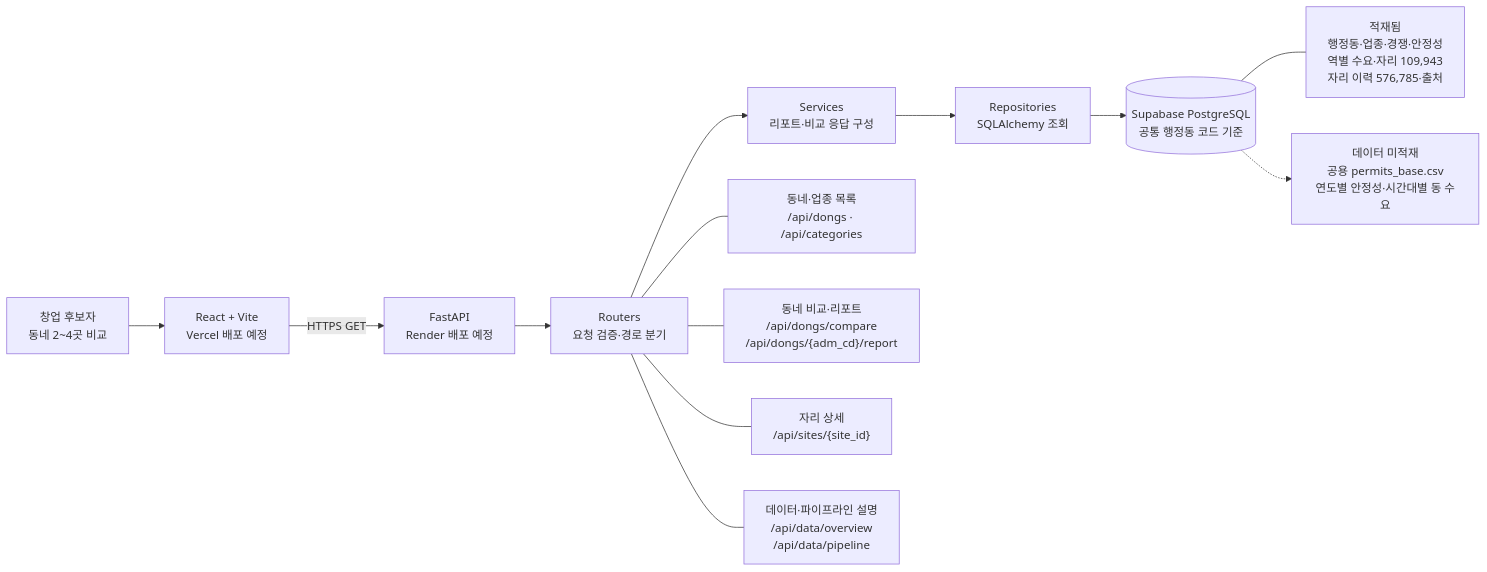
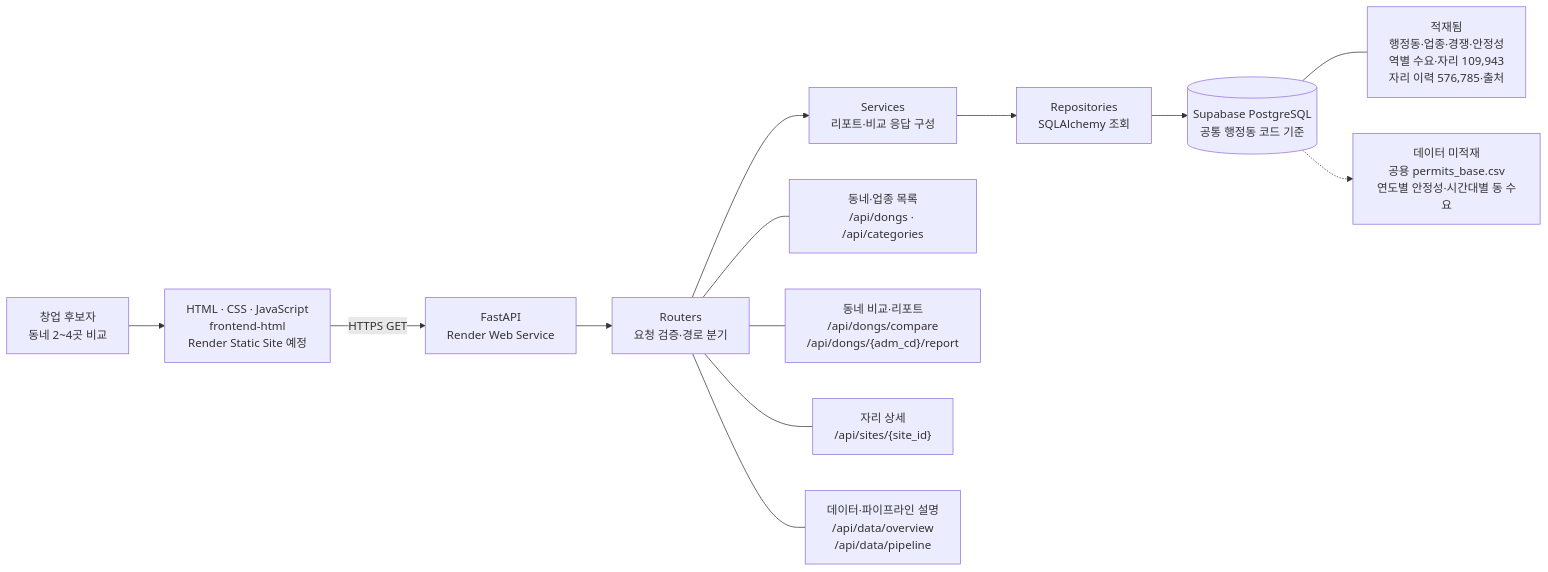
Before and after one commit to chloeyschung/where-to-open: the first of 2 diagrams in docs/architecture.md, drawn with Mermaid. The commit also changed other lines of this file and 3 other files, not shown here.

Commit message:
Add vanilla HTML frontend

````diff
--- a/docs/architecture.md
+++ b/docs/architecture.md
@@ -7,22 +7,22 @@
 ```mermaid
 flowchart LR
     USER["창업 후보자<br/>동네 2~4곳 비교"]
-    FRONT["React + Vite<br/>Vercel 배포 예정"]
-    API["FastAPI<br/>Render 배포 예정"]
+    FRONT["HTML · CSS · JavaScript<br/>frontend-html<br/>Render Static Site 예정"]
+    API["FastAPI<br/>Render Web Service"]
     ROUTER["Routers<br/>요청 검증·경로 분기"]
     SERVICE["Services<br/>리포트·비교 응답 구성"]
     REPO["Repositories<br/>SQLAlchemy 조회"]
     DB[("Supabase PostgreSQL<br/>공통 행정동 코드 기준")]
 
     USER --> FRONT
     FRONT -->|HTTPS GET| API
     API --> ROUTER --> SERVICE --> REPO --> DB
 
     ROUTER --- R1["동네·업종 목록<br/>/api/dongs · /api/categories"]
     ROUTER --- R2["동네 비교·리포트<br/>/api/dongs/compare<br/>/api/dongs/{adm_cd}/report"]
     ROUTER --- R3["자리 상세<br/>/api/sites/{site_id}"]
     ROUTER --- R4["데이터·파이프라인 설명<br/>/api/data/overview<br/>/api/data/pipeline"]
 
     DB --- POP["적재됨<br/>행정동·업종·경쟁·안정성<br/>역별 수요·자리 109,943<br/>자리 이력 576,785·출처"]
     DB -.-> EMPTY["데이터 미적재<br/>공용 permits_base.csv<br/>연도별 안정성·시간대별 동 수요"]
 ```
````
